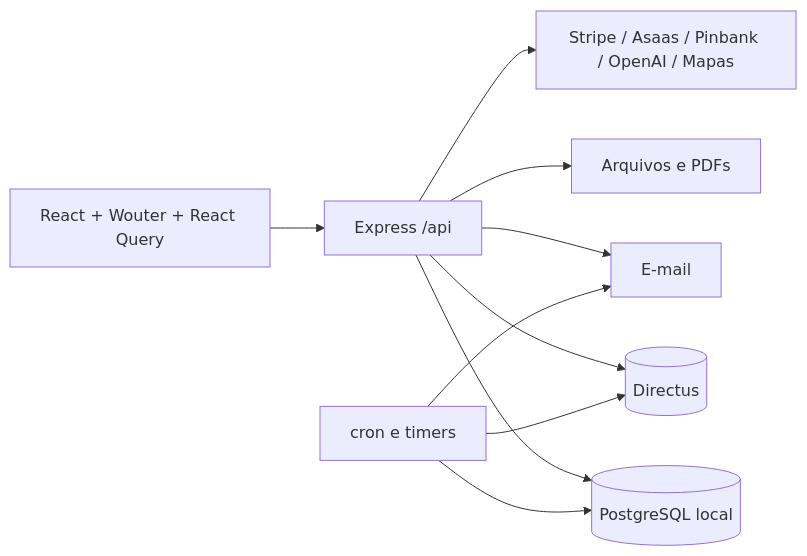
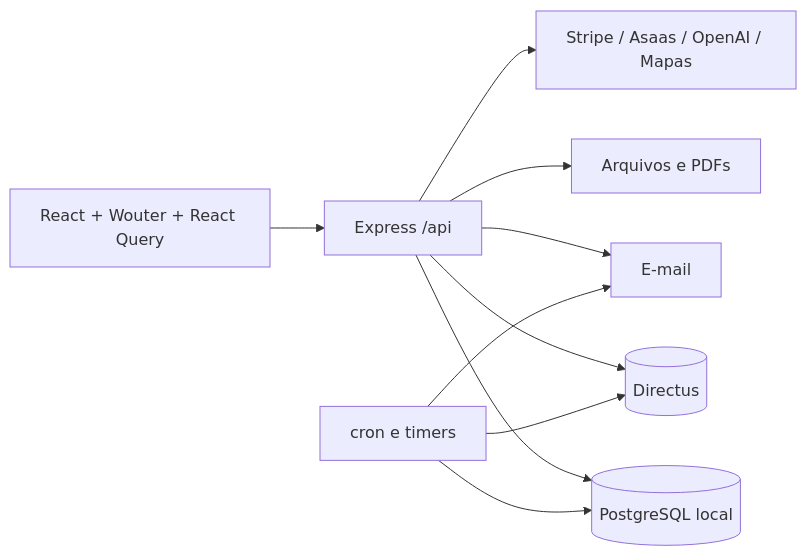
One commit to SeitiKatsumi/Alliance-Hub changed the diagram in docs/platform/ARCHITECTURE.md. Above: the diagram before and after it, drawn with Mermaid. The commit also changed other lines of this file and 54 other files, not shown here.

Commit message:
Replace Pinbank integration with isolated Asaas foundation

````diff
--- a/docs/platform/ARCHITECTURE.md
+++ b/docs/platform/ARCHITECTURE.md
@@ -5,12 +5,12 @@
 ```mermaid
 flowchart LR
   UI[React + Wouter + React Query] --> API[Express /api]
   API --> PG[(PostgreSQL local)]
   API --> DX[(Directus)]
   API --> FILES[Arquivos e PDFs]
   API --> MAIL[E-mail]
-  API --> EXT[Stripe / Asaas / Pinbank / OpenAI / Mapas]
+  API --> EXT[Stripe / Asaas / OpenAI / Mapas]
   JOBS[cron e timers] --> PG
   JOBS --> DX
   JOBS --> MAIL
 ```
````
